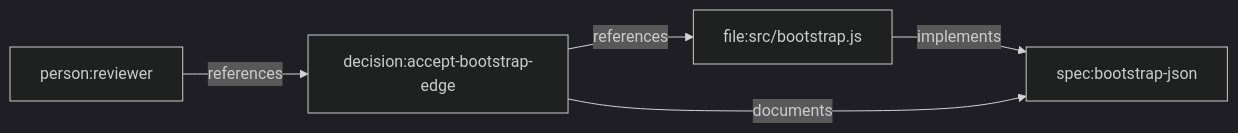
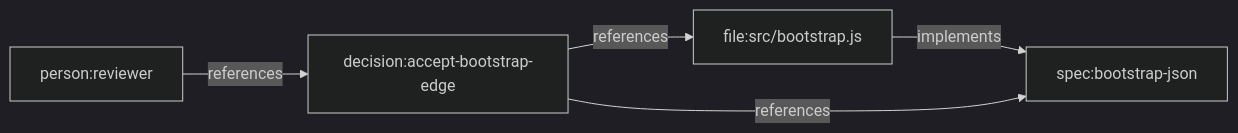
Before and after one commit to flyingrobots/git-mind: the fourth of 5 diagrams in docs/design/graph-data-model.md, drawn with Mermaid (dark theme). The commit also changed other lines of this file and 9 other files, not shown here.

Commit message:
docs: address graph model review findings (#322)

````diff
--- a/docs/design/graph-data-model.md
+++ b/docs/design/graph-data-model.md
@@ -212,7 +299,7 @@
 ```mermaid
 flowchart LR
     Suggestion["file:src/bootstrap.js"] -->|implements| Contract["spec:bootstrap-json"]
-    Decision["decision:accept-bootstrap-edge"] -->|documents| Contract
+    Decision["decision:accept-bootstrap-edge"] -->|references| Contract
     Decision -->|references| Suggestion
     Reviewer["person:reviewer"] -->|references| Decision
 ```
````
